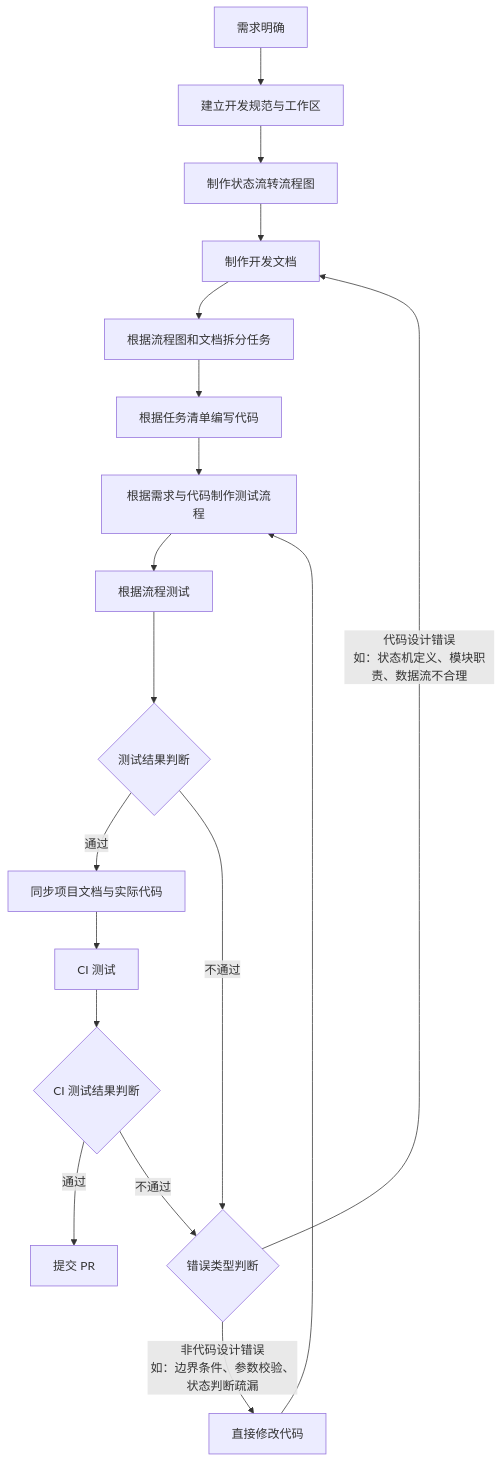
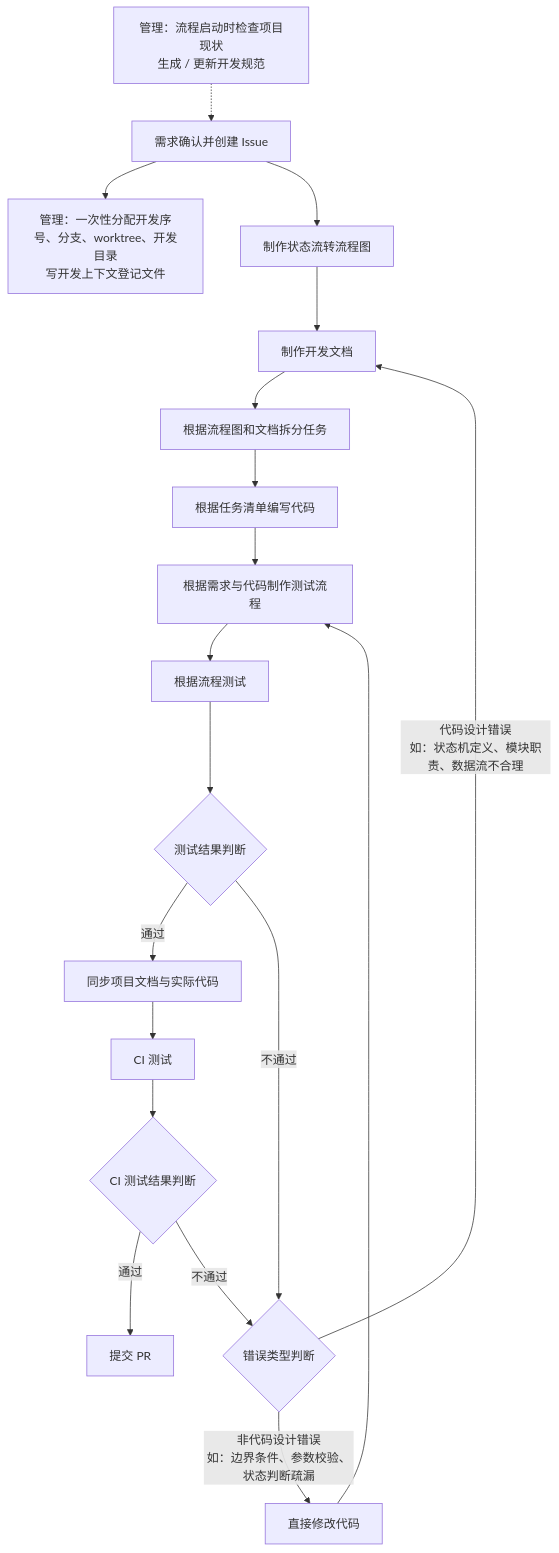
The diagram in docs/项目架构.md (liuxiaokang39-ctrl/From-Issue-To-PR-Plugin), drawn with Mermaid before and after one commit. The commit also changed other lines of this file and 26 other files, not shown here.

````diff
--- a/docs/项目架构.md
+++ b/docs/项目架构.md
@@ -30,25 +30,26 @@
 ```mermaid
 flowchart TD
-    A[需求明确] --> A2[建立开发规范与工作区]
-    A2 --> B[制作状态流转流程图]
+    M1[管理：流程启动时检查项目现状<br/>生成 / 更新开发规范] -.-> A
+    A[需求确认并创建 Issue] --> M2[管理：一次性分配开发序号、分支、worktree、开发目录<br/>写开发上下文登记文件]
+    A --> B[制作状态流转流程图]
     B --> C[制作开发文档]
     C --> D[根据流程图和文档拆分任务]
     D --> E[根据任务清单编写代码]
     E --> F[根据需求与代码制作测试流程]
     F --> G[根据流程测试]
     G --> H{测试结果判断}
 
     H -- 通过 --> I[同步项目文档与实际代码]
     H -- 不通过 --> J{错误类型判断}
 
     J -- 非代码设计错误<br/>如：边界条件、参数校验、状态判断疏漏 --> K[直接修改代码]
     K --> F
 
     J -- 代码设计错误<br/>如：状态机定义、模块职责、数据流不合理 --> C
 
     I --> L[CI 测试]
     L --> M{CI 测试结果判断}
 
     M -- 通过 --> N[提交 PR]
     M -- 不通过 --> J
 ```
````
